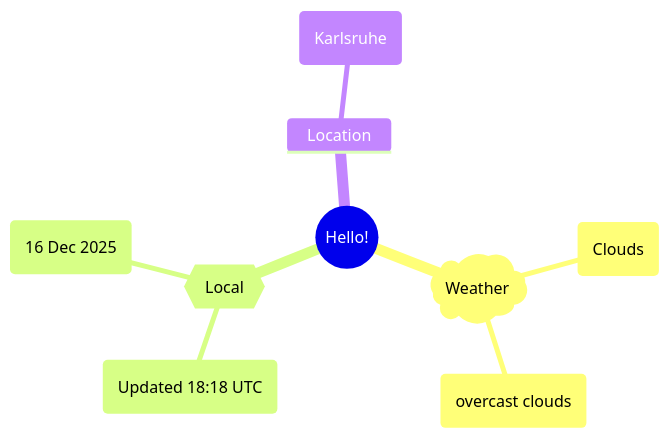
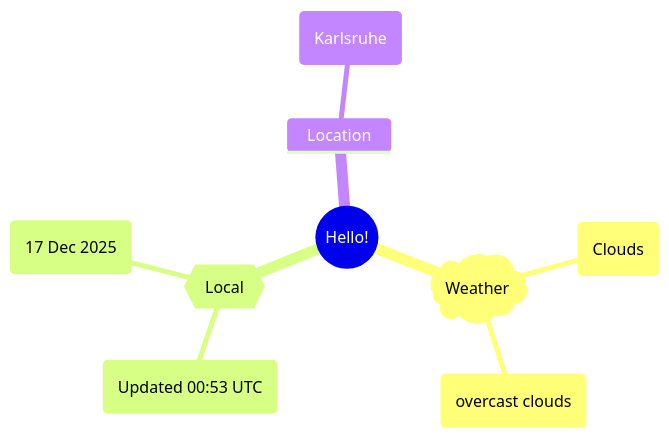
One commit to Xosrov/Xosrov changed the first of 2 diagrams in README.md. Above: the diagram before and after it, drawn with Mermaid.

Commit message:
[bot] updated images

````diff
--- a/README.md
+++ b/README.md
@@ -3,12 +3,12 @@
 ```mermaid
 mindmap
   root((Hello!))
     )Weather(
         (Clouds)
         (overcast clouds)
     {{Local}}
-        (Updated 18:18 UTC)
-        (16 Dec 2025)
+        (Updated 00:53 UTC)
+        (17 Dec 2025)
     Location
         (Karlsruhe)
 ```
````
